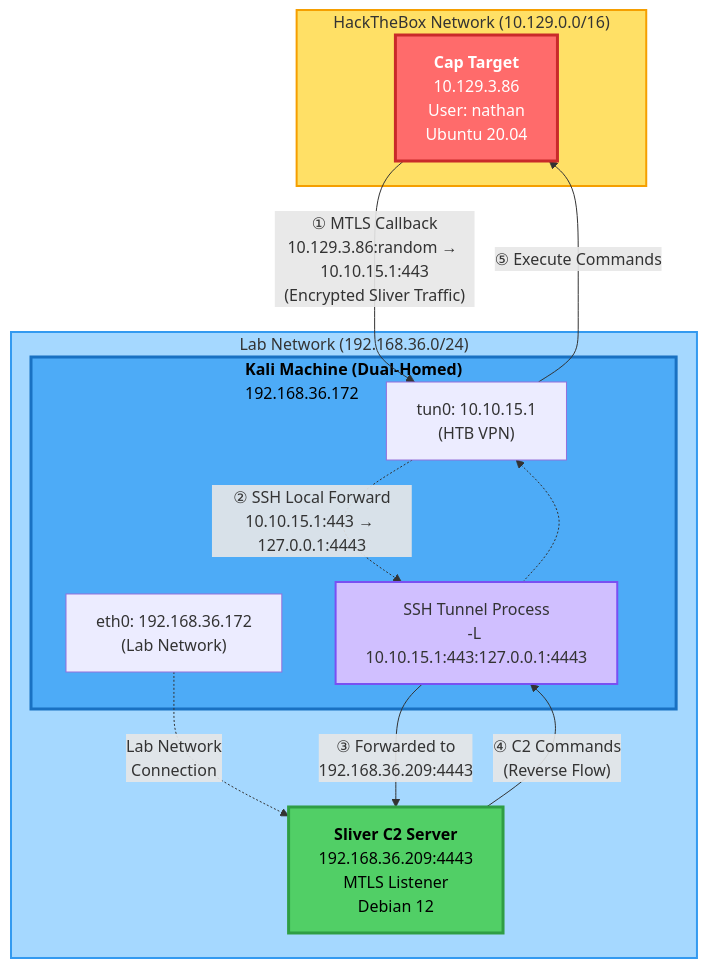
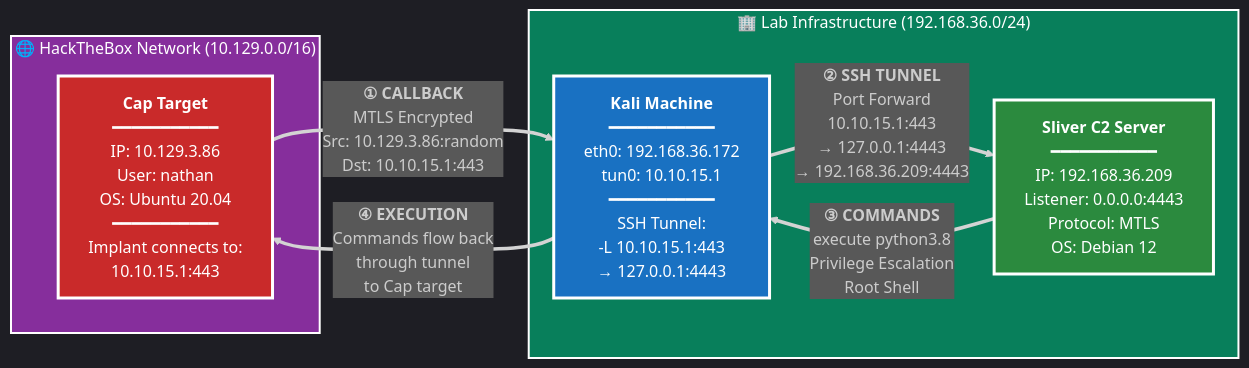
One commit to lmakonem/htb-writeups changed the diagram in Cap/README.md. Above: the diagram before and after it, drawn with Mermaid. The commit also changed other lines of this file, not shown here.

Commit message:
Simplify to single clear network diagram with dark theme and high contrast

````diff
--- a/Cap/README.md
+++ b/Cap/README.md
@@ -125,32 +125,27 @@
 ```mermaid
-graph TB
-    subgraph HTB["HackTheBox Network (10.129.0.0/16)"]
-        Cap["<b>Cap Target</b><br/>10.129.3.86<br/>User: nathan<br/>Ubuntu 20.04"]
+%%{init: {'theme':'dark'}}%%
+graph LR
+    subgraph HTB["🌐 HackTheBox Network (10.129.0.0/16)"]
+        Cap["<b>Cap Target</b><br/>━━━━━━━━━━━<br/>IP: 10.129.3.86<br/>User: nathan<br/>OS: Ubuntu 20.04<br/>━━━━━━━━━━━<br/>Implant connects to:<br/>10.10.15.1:443"]
     end
     
-    subgraph Lab["Lab Network (192.168.36.0/24)"]
-        subgraph Kali["<b>Kali Machine (Dual-Homed)</b><br/>192.168.36.172"]
-            eth0["eth0: 192.168.36.172<br/>(Lab Network)"]
-            tun0["tun0: 10.10.15.1<br/>(HTB VPN)"]
-            tunnel["SSH Tunnel Process<br/>-L 10.10.15.1:443:127.0.0.1:4443"]
-        end
+    subgraph LAB["🏢 Lab Infrastructure (192.168.36.0/24)"]
+        Kali["<b>Kali Machine</b><br/>━━━━━━━━━━━<br/>eth0: 192.168.36.172<br/>tun0: 10.10.15.1<br/>━━━━━━━━━━━<br/>SSH Tunnel:<br/>-L 10.10.15.1:443<br/>→ 127.0.0.1:4443"]
         
-        Sliver["<b>Sliver C2 Server</b><br/>192.168.36.209:4443<br/>MTLS Listener<br/>Debian 12"]
+        C2["<b>Sliver C2 Server</b><br/>━━━━━━━━━━━<br/>IP: 192.168.36.209<br/>Listener: 0.0.0.0:4443<br/>Protocol: MTLS<br/>OS: Debian 12"]
     end
     
-    Cap -->|"① MTLS Callback<br/>10.129.3.86:random → 10.10.15.1:443<br/>(Encrypted Sliver Traffic)"| tun0
-    tun0 -.->|"② SSH Local Forward<br/>10.10.15.1:443 → 127.0.0.1:4443"| tunnel
-    tunnel -->|"③ Forwarded to<br/>192.168.36.209:4443"| Sliver
-    eth0 -.->|"Lab Network<br/>Connection"| Sliver
+    Cap ==>|"<b>① CALLBACK</b><br/>MTLS Encrypted<br/>Src: 10.129.3.86:random<br/>Dst: 10.10.15.1:443"| Kali
     
-    Sliver -->|"④ C2 Commands<br/>(Reverse Flow)"| tunnel
-    tunnel -.-> tun0
-    tun0 -->|"⑤ Execute Commands"| Cap
+    Kali ==>|"<b>② SSH TUNNEL</b><br/>Port Forward<br/>10.10.15.1:443<br/>→ 127.0.0.1:4443<br/>→ 192.168.36.209:4443"| C2
     
-    style Cap fill:#ff6b6b,stroke:#c92a2a,stroke-width:3px,color:#fff
-    style Kali fill:#4dabf7,stroke:#1971c2,stroke-width:3px,color:#000
-    style Sliver fill:#51cf66,stroke:#2f9e44,stroke-width:3px,color:#000
-    style HTB fill:#ffe066,stroke:#f59f00,stroke-width:2px
-    style Lab fill:#a5d8ff,stroke:#339af0,stroke-width:2px
-    style tunnel fill:#d0bfff,stroke:#7950f2,stroke-width:2px
+    C2 ==>|"<b>③ COMMANDS</b><br/>execute python3.8<br/>Privilege Escalation<br/>Root Shell"| Kali
+    
+    Kali ==>|"<b>④ EXECUTION</b><br/>Commands flow back<br/>through tunnel<br/>to Cap target"| Cap
+    
+    style Cap fill:#c92a2a,stroke:#fff,stroke-width:3px,color:#fff
+    style Kali fill:#1971c2,stroke:#fff,stroke-width:3px,color:#fff
+    style C2 fill:#2b8a3e,stroke:#fff,stroke-width:3px,color:#fff
+    style HTB fill:#862e9c,stroke:#fff,stroke-width:2px,color:#fff
+    style LAB fill:#087f5b,stroke:#fff,stroke-width:2px,color:#fff
 ```
````
